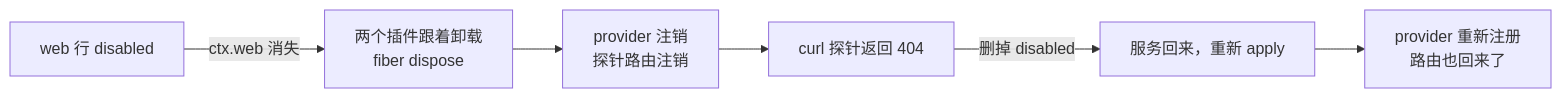
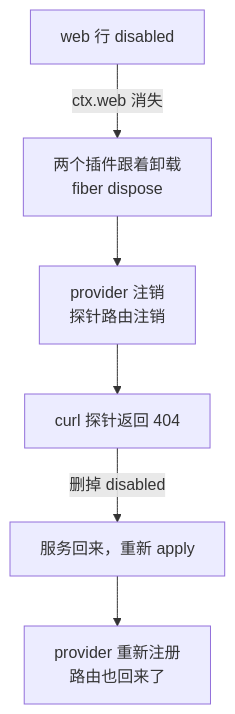
One commit to anthonyzhao-4926/blog changed the second of 2 diagrams in dsh 插件开发学习/08-替换内置能力的提供方与消费者.md. Above: the diagram before and after it, drawn with Mermaid. The commit also changed 4 other files, not shown here.

````diff
--- a/dsh 插件开发学习/08-替换内置能力的提供方与消费者.md
+++ b/dsh 插件开发学习/08-替换内置能力的提供方与消费者.md
@@ -467,8 +467,8 @@
 ```mermaid
-flowchart LR
+flowchart TD
     A["web 行 disabled"] -->|"ctx.web 消失"| B["两个插件跟着卸载<br/>fiber dispose"]
     B --> C["provider 注销<br/>探针路由注销"]
     C --> D["curl 探针返回 404"]
     D -->|"删掉 disabled"| E["服务回来，重新 apply"]
     E --> F["provider 重新注册<br/>路由也回来了"]
 ```
````
